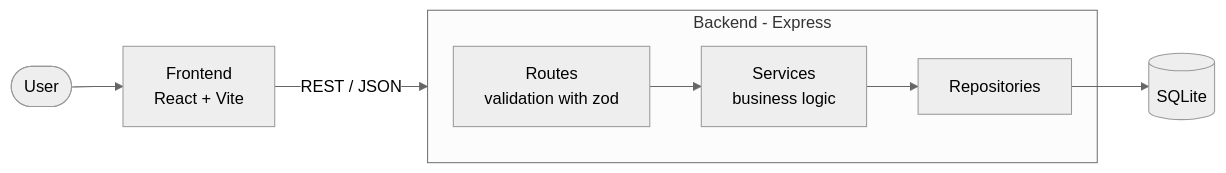
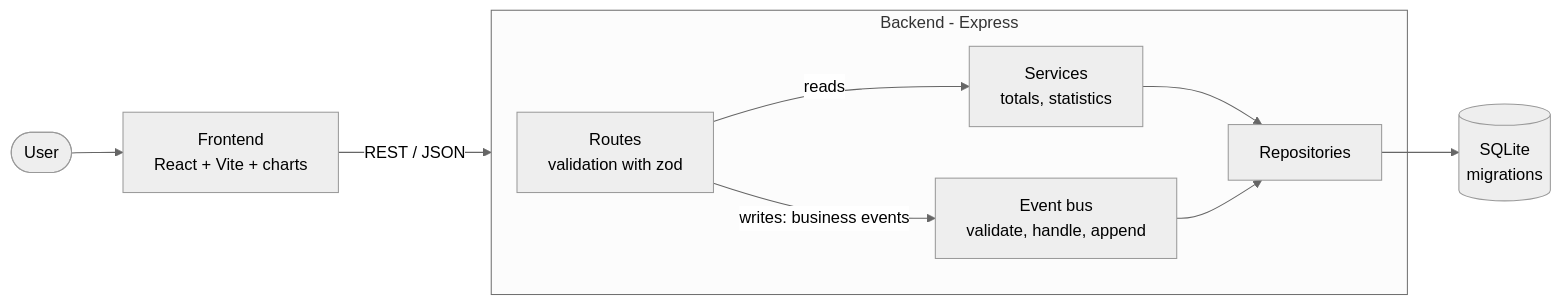
Before and after one commit to heldertheking/expensetracker: the diagram in docs/architecture.md, drawn with Mermaid (neutral theme). The commit also changed other lines of this file and 9 other files, not shown here.

First line of the commit message:
Document accounts, project tags, migrations and the event pipeline

````diff
--- a/docs/architecture.md
+++ b/docs/architecture.md
@@ -3,12 +3,14 @@
 ```mermaid
 flowchart LR
-    User([User]) --> FE[Frontend<br/>React + Vite]
+    User([User]) --> FE[Frontend<br/>React + Vite + charts]
     FE -- REST / JSON --> BE
 
     subgraph BE[Backend - Express]
-        R[Routes<br/>validation with zod] --> S[Services<br/>business logic]
+        R[Routes<br/>validation with zod] -- reads --> S[Services<br/>totals, statistics]
+        R -- writes: business events --> E[Event bus<br/>validate, handle, append]
         S --> Repo[Repositories]
+        E --> Repo
     end
 
-    Repo --> DB[(SQLite)]
+    Repo --> DB[(SQLite<br/>migrations)]
 ```
````
